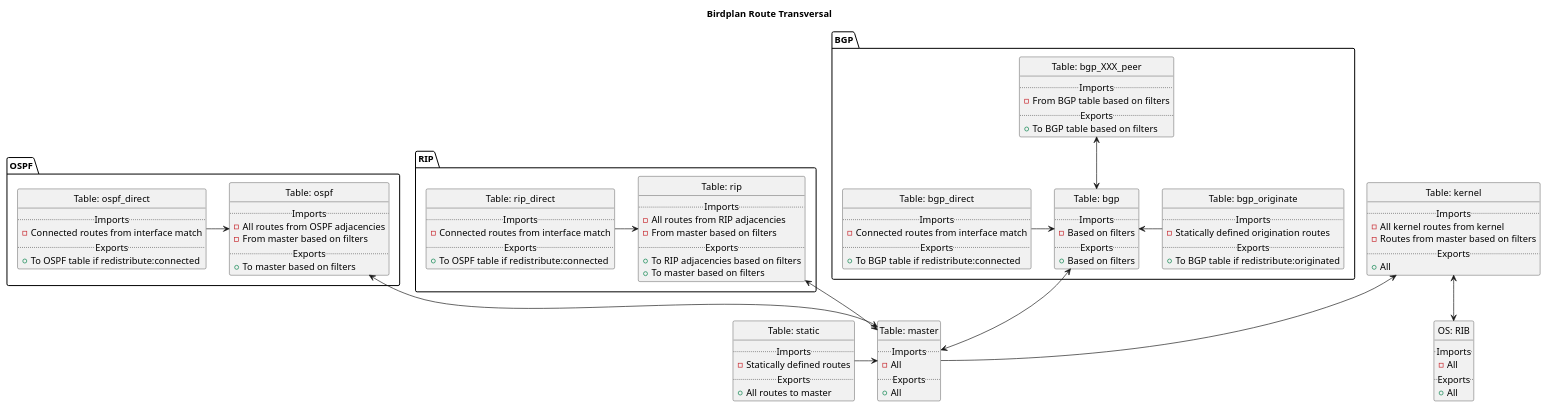
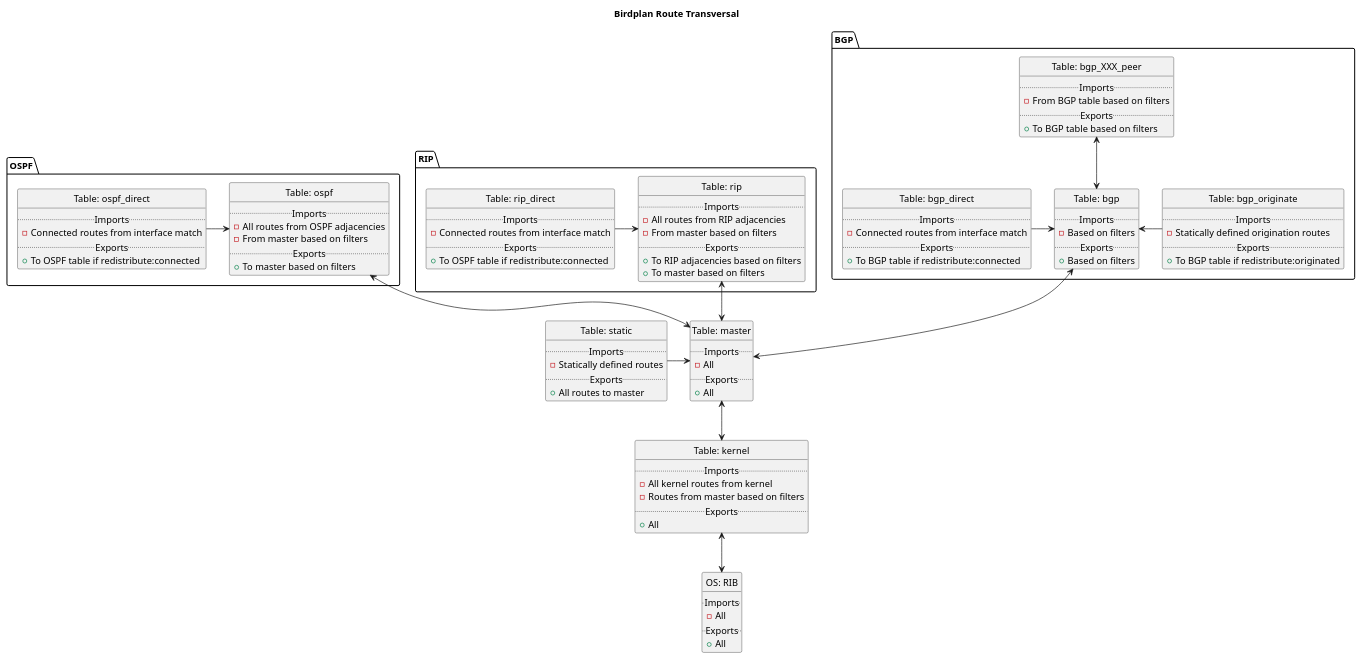
Before and after one commit to oscdev-io/birdplan: the diagram in docs/route-transversal.md, drawn with PlantUML.

Commit message:
docs: Fixed route transversal and added an extra arrow between kernel and master

```diff
--- a/docs/route-transversal.md
+++ b/docs/route-transversal.md
@@ -123,7 +123,7 @@
 "Table: bgp_direct" -> "Table: bgp"
 "Table: bgp_XXX_peer" <-down-> "Table: bgp"
 
-"Table: kernel" <-down- "Table: master"
+"Table: kernel" <-up-> "Table: master"
 "OS: RIB" <-up-> "Table: kernel"
 
 
```
